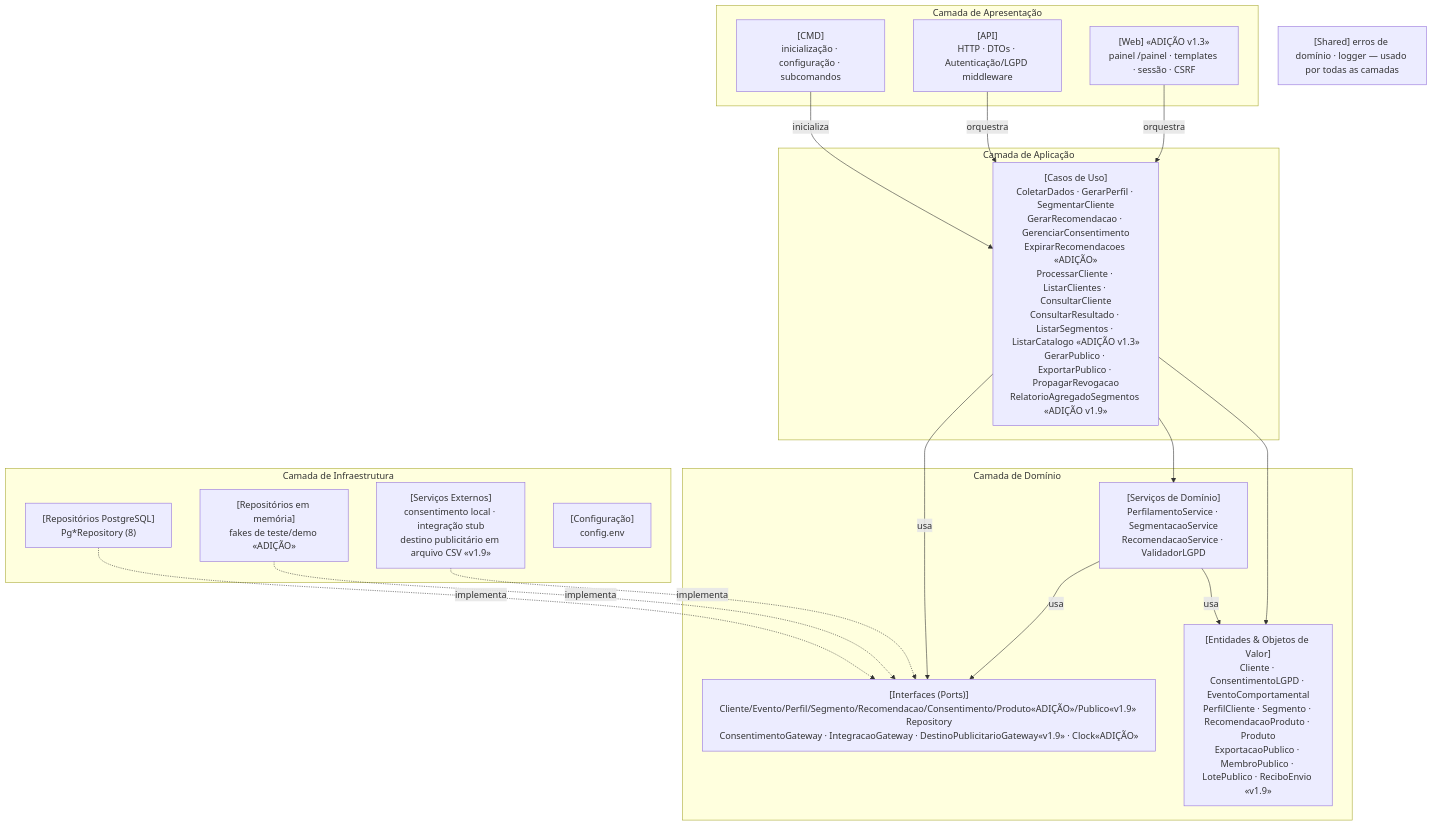
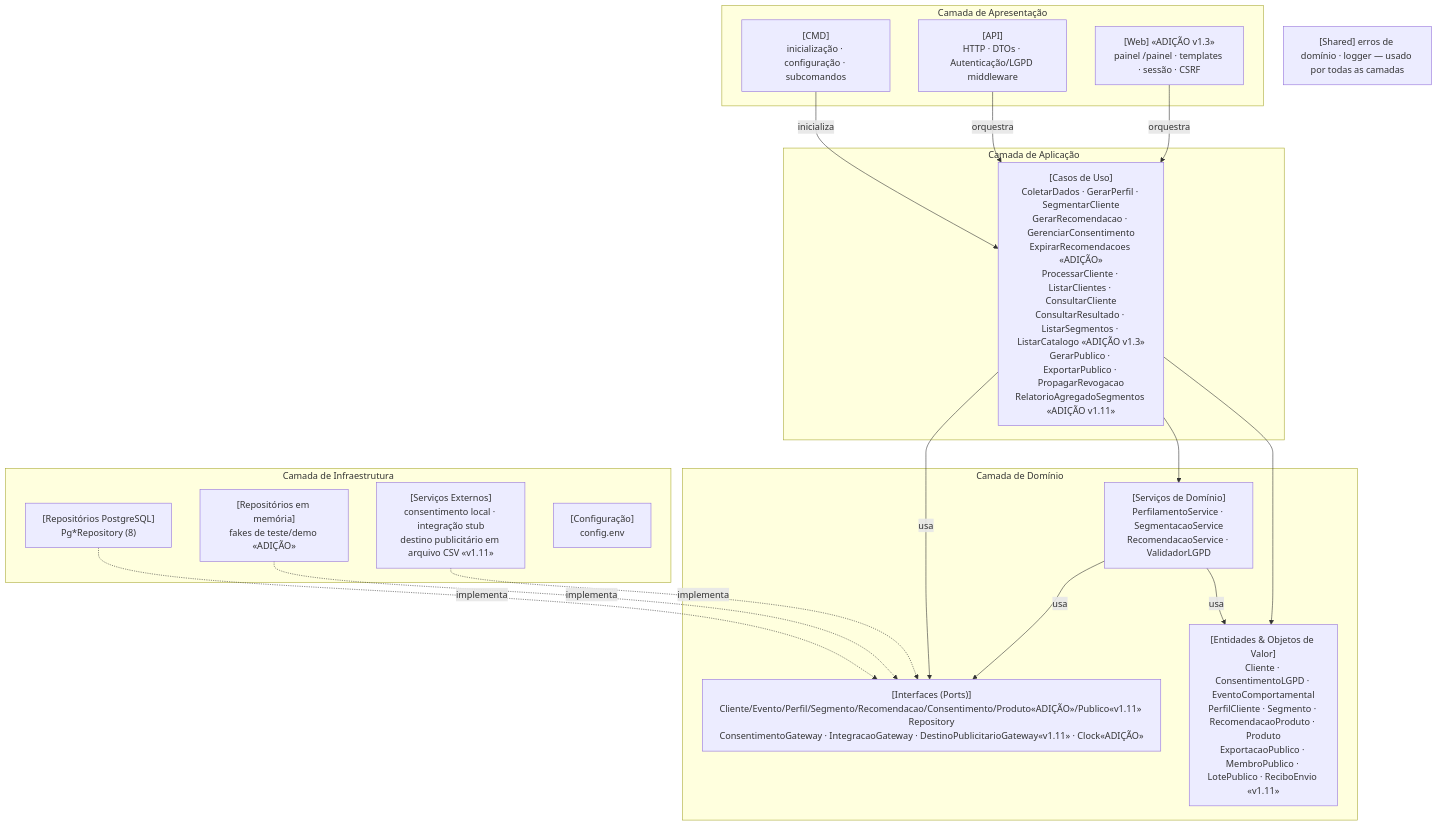
One commit to sthefanyblima/perfila changed the diagram in docs/uml/UML7_componentes.md. Above: the diagram before and after it, drawn with Mermaid. The commit also changed other lines of this file and 54 other files, not shown here.

````diff
--- a/docs/uml/UML7_componentes.md
+++ b/docs/uml/UML7_componentes.md
@@ -10,35 +10,35 @@
 ```mermaid
 flowchart TB
   subgraph AP["Camada de Apresentação"]
     CMD["[CMD]<br/>inicialização · configuração · subcomandos"]
     API["[API]<br/>HTTP · DTOs · Autenticação/LGPD middleware"]
     WEB["[Web] «ADIÇÃO v1.3»<br/>painel /painel · templates · sessão · CSRF"]
   end
   subgraph APP["Camada de Aplicação"]
-    UC["[Casos de Uso]<br/>ColetarDados · GerarPerfil · SegmentarCliente<br/>GerarRecomendacao · GerenciarConsentimento<br/>ExpirarRecomendacoes «ADIÇÃO»<br/>ProcessarCliente · ListarClientes · ConsultarCliente<br/>ConsultarResultado · ListarSegmentos · ListarCatalogo «ADIÇÃO v1.3»<br/>GerarPublico · ExportarPublico · PropagarRevogacao<br/>RelatorioAgregadoSegmentos «ADIÇÃO v1.9»"]
+    UC["[Casos de Uso]<br/>ColetarDados · GerarPerfil · SegmentarCliente<br/>GerarRecomendacao · GerenciarConsentimento<br/>ExpirarRecomendacoes «ADIÇÃO»<br/>ProcessarCliente · ListarClientes · ConsultarCliente<br/>ConsultarResultado · ListarSegmentos · ListarCatalogo «ADIÇÃO v1.3»<br/>GerarPublico · ExportarPublico · PropagarRevogacao<br/>RelatorioAgregadoSegmentos «ADIÇÃO v1.11»"]
   end
   subgraph DOM["Camada de Domínio"]
-    ENT["[Entidades & Objetos de Valor]<br/>Cliente · ConsentimentoLGPD · EventoComportamental<br/>PerfilCliente · Segmento · RecomendacaoProduto · Produto<br/>ExportacaoPublico · MembroPublico · LotePublico · ReciboEnvio «v1.9»"]
+    ENT["[Entidades & Objetos de Valor]<br/>Cliente · ConsentimentoLGPD · EventoComportamental<br/>PerfilCliente · Segmento · RecomendacaoProduto · Produto<br/>ExportacaoPublico · MembroPublico · LotePublico · ReciboEnvio «v1.11»"]
     SVC["[Serviços de Domínio]<br/>PerfilamentoService · SegmentacaoService<br/>RecomendacaoService · ValidadorLGPD"]
-    PORT["[Interfaces (Ports)]<br/>Cliente/Evento/Perfil/Segmento/Recomendacao/Consentimento/Produto«ADIÇÃO»/Publico«v1.9» Repository<br/>ConsentimentoGateway · IntegracaoGateway · DestinoPublicitarioGateway«v1.9» · Clock«ADIÇÃO»"]
+    PORT["[Interfaces (Ports)]<br/>Cliente/Evento/Perfil/Segmento/Recomendacao/Consentimento/Produto«ADIÇÃO»/Publico«v1.11» Repository<br/>ConsentimentoGateway · IntegracaoGateway · DestinoPublicitarioGateway«v1.11» · Clock«ADIÇÃO»"]
   end
   subgraph INF["Camada de Infraestrutura"]
     PG["[Repositórios PostgreSQL]<br/>Pg*Repository (8)"]
     MEM["[Repositórios em memória]<br/>fakes de teste/demo «ADIÇÃO»"]
-    EXT["[Serviços Externos]<br/>consentimento local · integração stub<br/>destino publicitário em arquivo CSV «v1.9»"]
+    EXT["[Serviços Externos]<br/>consentimento local · integração stub<br/>destino publicitário em arquivo CSV «v1.11»"]
     CFG["[Configuração]<br/>config.env"]
   end
   SH["[Shared] erros de domínio · logger — usado por todas as camadas"]
 
   CMD -- inicializa --> UC
   API -- orquestra --> UC
   WEB -- orquestra --> UC
   UC --> ENT
   UC --> SVC
   UC -- usa --> PORT
   SVC -- usa --> ENT
   SVC -- usa --> PORT
   PG -. implementa .-> PORT
   MEM -. implementa .-> PORT
   EXT -. implementa .-> PORT
 ```
````
